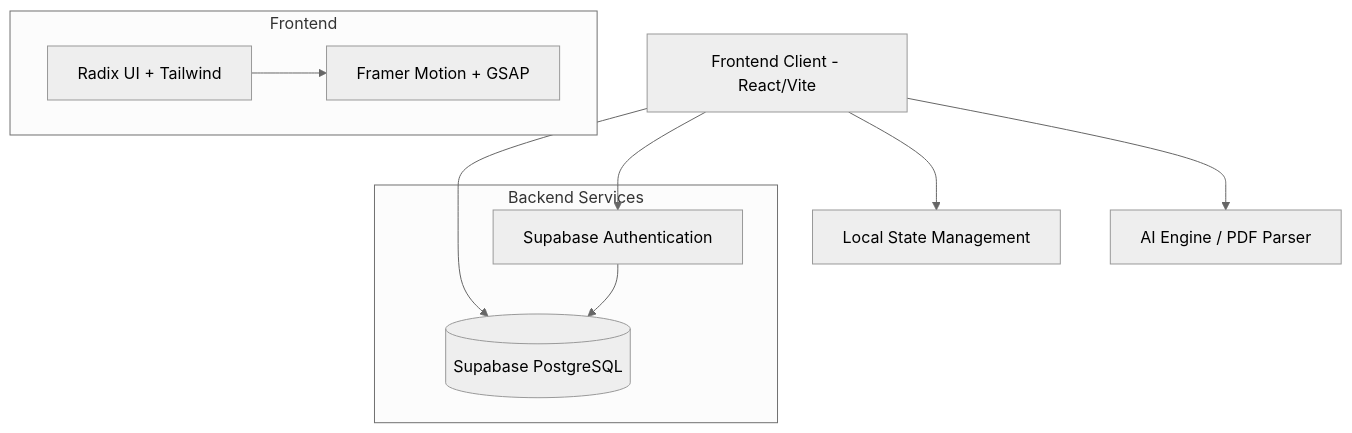
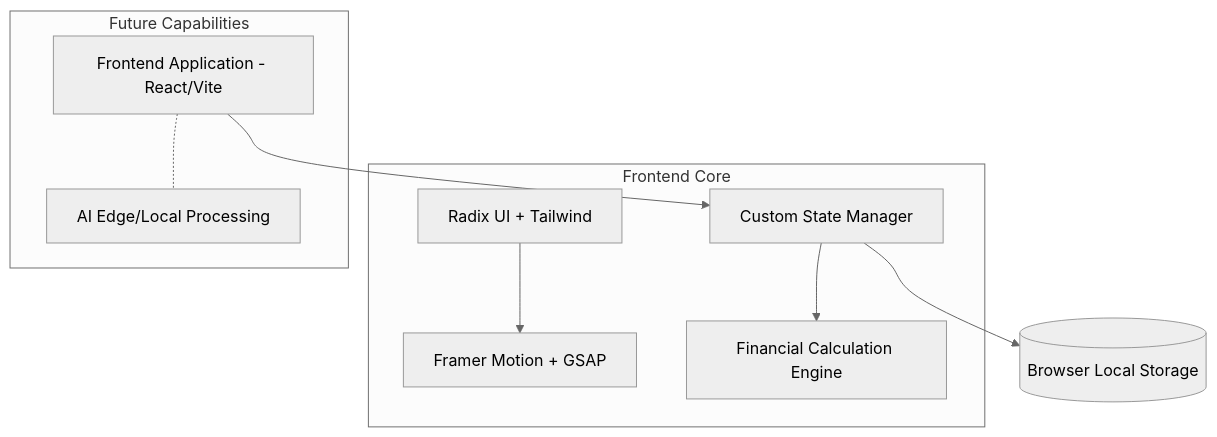
One commit to VARA4u-tech/Samriddhi-Personal-Financial-Management-Platform changed the diagram in README.md. Above: the diagram before and after it, drawn with Mermaid (neutral theme). The commit also changed other lines of this file, not shown here.

Commit message:
docs: update README to reflect 100% client-side local storage architecture

````diff
--- a/README.md
+++ b/README.md
@@ -43,15 +44,14 @@
 ```mermaid
 graph TD
-    Client[Frontend Client - React/Vite] --> Auth[Supabase Authentication]
-    Client --> Store[Local State Management]
-    Client --> DB[(Supabase PostgreSQL)]
-    Client --> AI[AI Engine / PDF Parser]
+    Client[Frontend Application - React/Vite] --> Store[Custom State Manager]
+    Store --> LocalStorage[(Browser Local Storage)]
     
-    subgraph Frontend
+    subgraph Frontend Core
     UI[Radix UI + Tailwind] --> Animations[Framer Motion + GSAP]
+    Store --> Engine[Financial Calculation Engine]
     end
     
-    subgraph Backend Services
-    Auth --> DB
+    subgraph Future Capabilities
+    Client -.- AI[AI Edge/Local Processing]
     end
 ```
````
